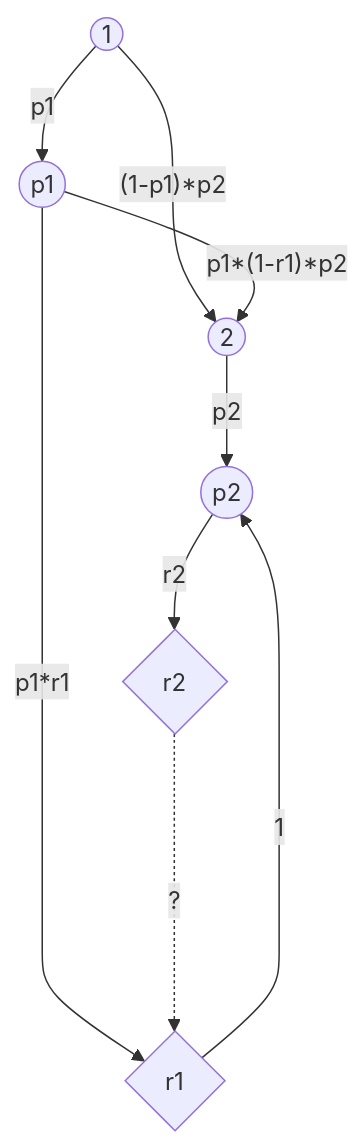
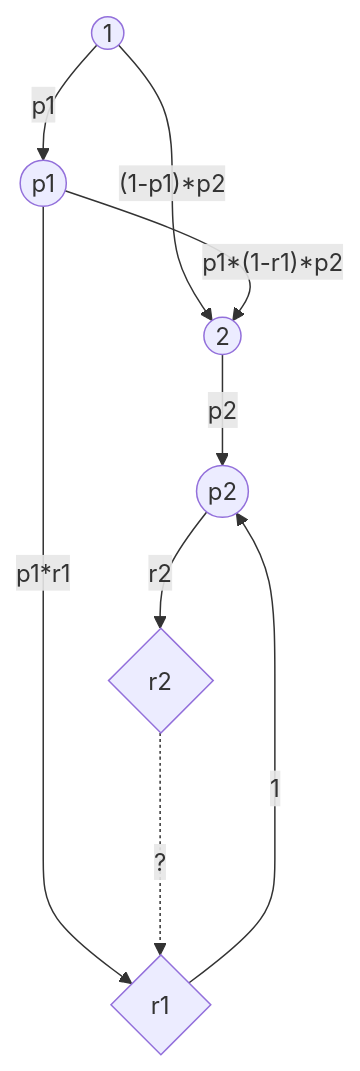
The second of 2 diagrams in vault/sem2/AuW/UE/cx/bf/cx07-bf.md (bfeitknecht/vault), drawn with Mermaid before and after one commit.

Commit message:
vault backup: 2024-05-03 18:05:15 from MacBook Pro (echo)
Affected files:
vault/sem2/AuW/UE/cx/bf/cx07-bf.md

````diff
--- a/vault/sem2/AuW/UE/cx/bf/cx07-bf.md
+++ b/vault/sem2/AuW/UE/cx/bf/cx07-bf.md
@@ -31,18 +31,20 @@
 ```mermaid
 flowchart TD
 
+id1((1))
+id2((2))
+id3((p1))
+id4{r1}
+id5((p2))
+id6{r2}
 
-id1((1))-->|"(1-p1)*p2"|id2((2))
-id1-->|"p1"|id3((p1))
-id3-->|"p1*r1"|id4{r1}
+id1-->|"(1-p1)*p2"|id2
+id1-->|"p1"|id3
+id3-->|"p1*r1"|id4
 id3-->|"p1*(1-r1)*p2"|id2
-id2-->|"p2"|id5((p2))
+id2-->|"p2"|id5
 id4-->|"1"|id5
-id5-->|"r2"|id6{r2}
-id6-...->|?|id4
+id5-->|"r2"|id6
 
-
-
-
-
+id6-..->|?|id4
 ```
````
